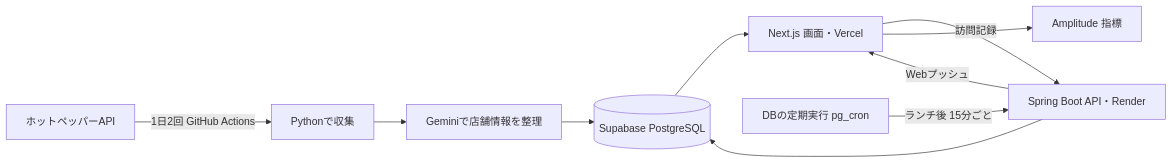
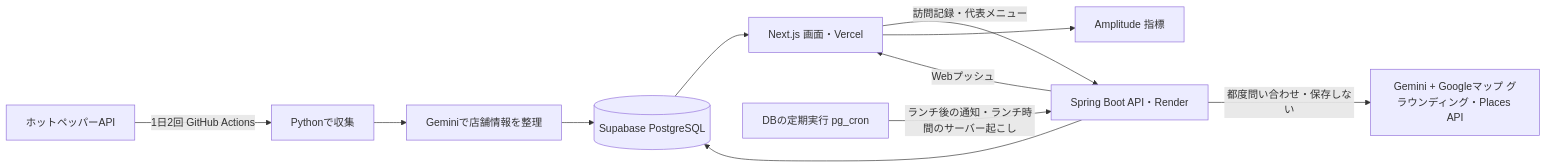
Before and after one commit to bettsLee/osaka_lunch_app: the diagram in README.ja.md, drawn with Mermaid. The commit also changed other lines of this file and 1 other file, not shown here.

````diff
--- a/README.ja.md
+++ b/README.ja.md
@@ -42,12 +45,13 @@
 ```mermaid
 flowchart LR
   HP[ホットペッパーAPI] -->|1日2回 GitHub Actions| COL[Pythonで収集]
   COL --> AI[Geminiで店舗情報を整理]
   AI --> DB[(Supabase PostgreSQL)]
   DB --> WEB[Next.js 画面・Vercel]
-  WEB -->|訪問記録| API[Spring Boot API・Render]
+  WEB -->|訪問記録・代表メニュー| API[Spring Boot API・Render]
   API --> DB
-  CRON[DBの定期実行 pg_cron] -->|ランチ後 15分ごと| API
+  API -->|都度問い合わせ・保存しない| GM[Gemini + Googleマップ グラウンディング・Places API]
+  CRON[DBの定期実行 pg_cron] -->|ランチ後の通知・ランチ時間のサーバー起こし| API
   API -->|Webプッシュ| WEB
   WEB --> AMP[Amplitude 指標]
 ```
````
